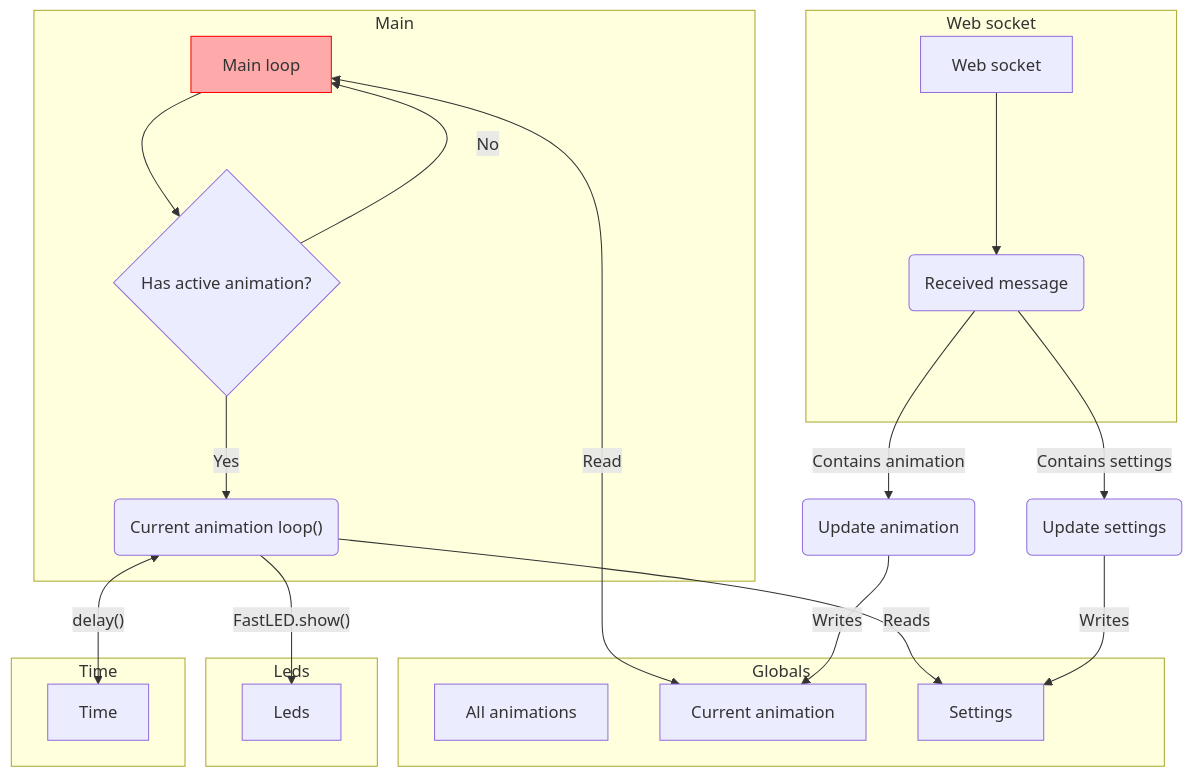
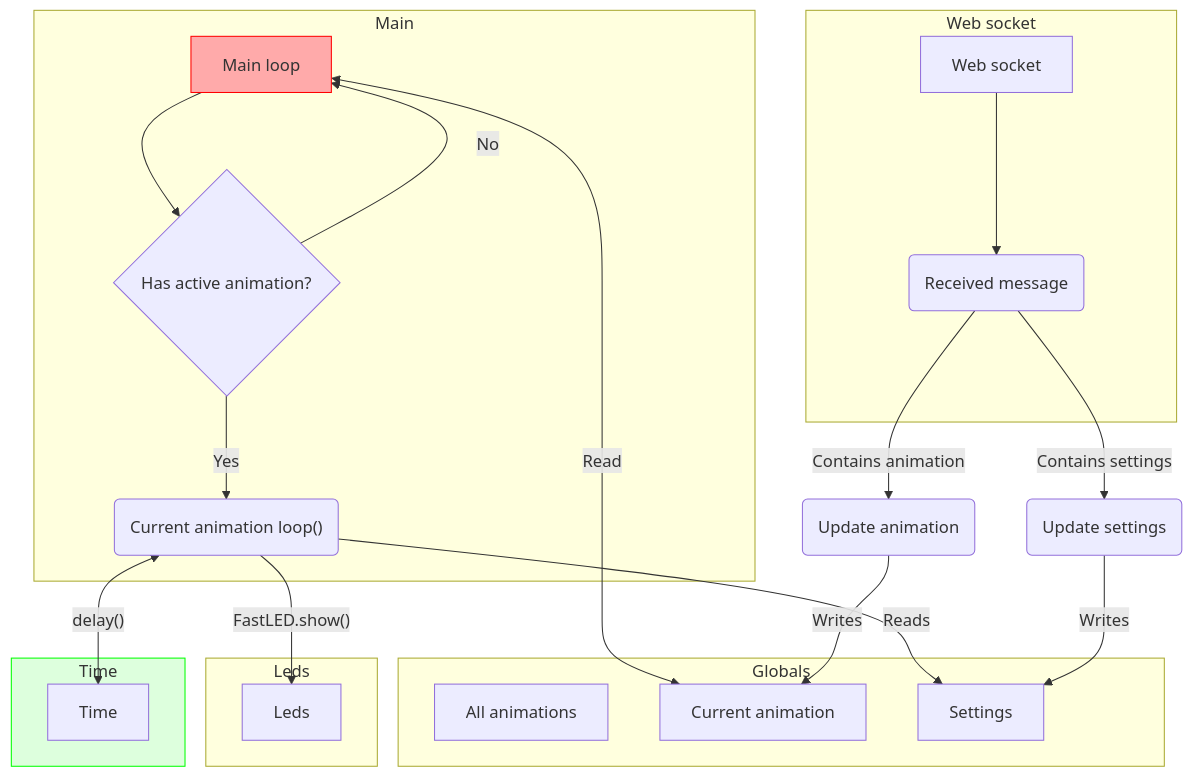
The fifth of 6 diagrams in src/PowerBar/README.md (Edt-2000/Edt-2000-microcontrollers), drawn with Mermaid before and after one commit. The commit also changed other lines of this file, not shown here.

````diff
--- a/src/PowerBar/README.md
+++ b/src/PowerBar/README.md
@@ -126,42 +170,43 @@
 ```mermaid
 flowchart TD
     subgraph Globals
     allAnimations[All animations]
     currentAnimation[Current animation]
     settings[Settings]
     end
 
     subgraph Leds
     leds[Leds]
     end
 
     subgraph Time
+    style Time fill:#dfd,stroke:#0f0
     time[Time] 
     end
 
     subgraph Main
     main[Main loop]
     main <-->|Read| currentAnimation
     
     main -->check{Has active animation?}
     style main fill:#faa,stroke:#f00
     check -->|Yes| animation("Current animation loop()")
     end
 
     subgraph Web socket
     ws[Web socket] -->message(Received message)
     end
 
     animation <-->|"delay()"| time
     updateAnimation -->|Writes| currentAnimation
     
     animation -->|Reads| settings
     animation -->|"FastLED.show()"| leds
     
     message -->|Contains animation| updateAnimation(Update animation)
 
     message -->|Contains settings| updateSettings(Update settings)
     updateSettings -->|Writes| settings
     
     check -->|No| main
 ```
````
